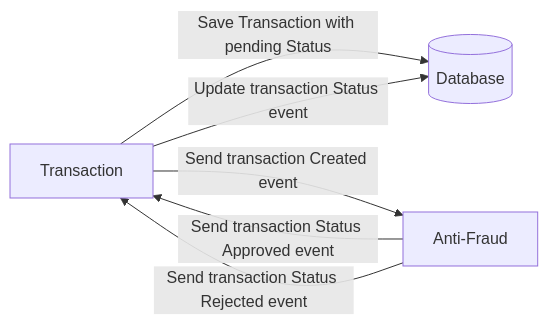
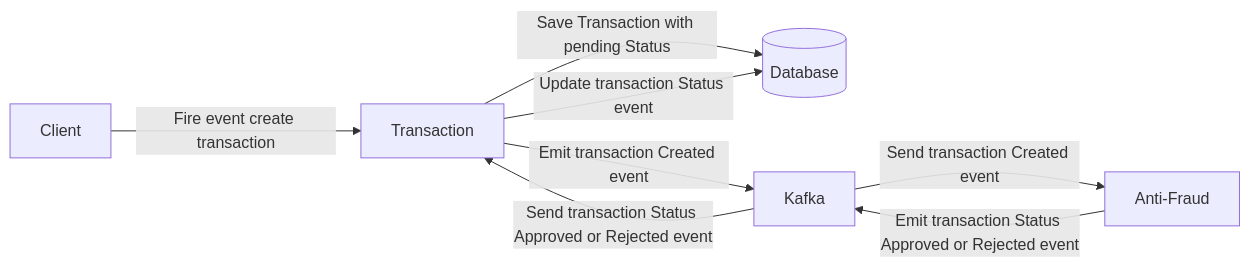
One commit to yaperos/app-nodejs-codechallenge changed the diagram in README.md. Above: the diagram before and after it, drawn with Mermaid. The commit also changed other lines of this file and 4 other files, not shown here.

````diff
--- a/README.md
+++ b/README.md
@@ -24,8 +65,10 @@
 ```mermaid
   flowchart LR
+    Client -- Fire event create transaction --> Transaction
     Transaction -- Save Transaction with pending Status --> transactionDatabase[(Database)]
-    Transaction --Send transaction Created event--> Anti-Fraud
-    Anti-Fraud -- Send transaction Status Approved event--> Transaction
-    Anti-Fraud -- Send transaction Status Rejected event--> Transaction
+    Transaction -- Emit transaction Created event--> Kafka
+    Kafka -- Send transaction Created event--> Anti-Fraud
+    Anti-Fraud -- Emit transaction Status Approved or Rejected event--> Kafka
+    Kafka -- Send transaction Status Approved or Rejected event--> Transaction
     Transaction -- Update transaction Status event--> transactionDatabase[(Database)]
 ```
````
